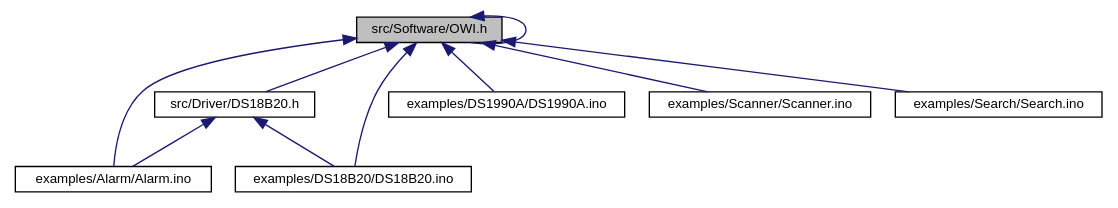
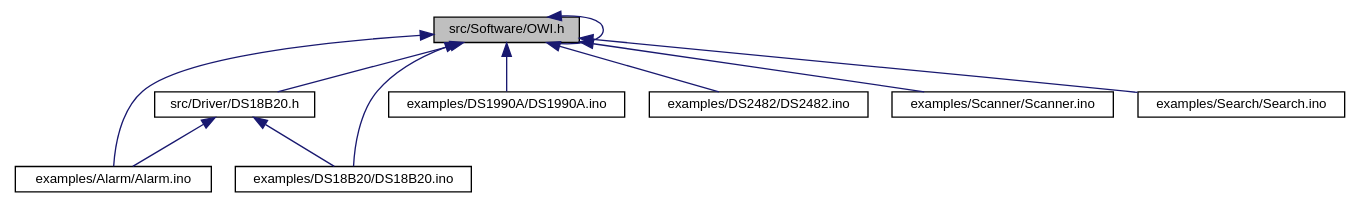
One commit to mikaelpatel/mikaelpatel.github.io changed the diagram in Arduino-OWI/d1/dc9/Software_2OWI_8h__dep__incl.dot. Above: the diagram before and after it, drawn with Graphviz. The commit also changed 294 other files, not shown here.

```diff
--- a/Arduino-OWI/d1/dc9/Software_2OWI_8h__dep__incl.dot
+++ b/Arduino-OWI/d1/dc9/Software_2OWI_8h__dep__incl.dot
@@ -1,21 +1,23 @@
 digraph "src/Software/OWI.h"
 {
   edge [fontname="Helvetica",fontsize="10",labelfontname="Helvetica",labelfontsize="10"];
   node [fontname="Helvetica",fontsize="10",shape=record];
   Node1 [label="src/Software/OWI.h",height=0.2,width=0.4,color="black", fillcolor="grey75", style="filled", fontcolor="black"];
   Node1 -> Node2 [dir="back",color="midnightblue",fontsize="10",style="solid",fontname="Helvetica"];
   Node2 [label="src/Driver/DS18B20.h",height=0.2,width=0.4,color="black", fillcolor="white", style="filled",URL="$d4/d9d/DS18B20_8h.html"];
   Node2 -> Node3 [dir="back",color="midnightblue",fontsize="10",style="solid",fontname="Helvetica"];
   Node3 [label="examples/Alarm/Alarm.ino",height=0.2,width=0.4,color="black", fillcolor="white", style="filled",URL="$df/d65/Alarm_8ino.html"];
   Node2 -> Node4 [dir="back",color="midnightblue",fontsize="10",style="solid",fontname="Helvetica"];
   Node4 [label="examples/DS18B20/DS18B20.ino",height=0.2,width=0.4,color="black", fillcolor="white", style="filled",URL="$de/d2e/DS18B20_8ino.html"];
   Node1 -> Node1 [dir="back",color="midnightblue",fontsize="10",style="solid",fontname="Helvetica"];
   Node1 -> Node3 [dir="back",color="midnightblue",fontsize="10",style="solid",fontname="Helvetica"];
   Node1 -> Node4 [dir="back",color="midnightblue",fontsize="10",style="solid",fontname="Helvetica"];
   Node1 -> Node5 [dir="back",color="midnightblue",fontsize="10",style="solid",fontname="Helvetica"];
   Node5 [label="examples/DS1990A/DS1990A.ino",height=0.2,width=0.4,color="black", fillcolor="white", style="filled",URL="$dc/d26/DS1990A_8ino.html"];
   Node1 -> Node6 [dir="back",color="midnightblue",fontsize="10",style="solid",fontname="Helvetica"];
-  Node6 [label="examples/Scanner/Scanner.ino",height=0.2,width=0.4,color="black", fillcolor="white", style="filled",URL="$dd/da4/Scanner_8ino.html"];
+  Node6 [label="examples/DS2482/DS2482.ino",height=0.2,width=0.4,color="black", fillcolor="white", style="filled",URL="$d0/d2e/DS2482_8ino.html"];
   Node1 -> Node7 [dir="back",color="midnightblue",fontsize="10",style="solid",fontname="Helvetica"];
-  Node7 [label="examples/Search/Search.ino",height=0.2,width=0.4,color="black", fillcolor="white", style="filled",URL="$dd/d18/Search_8ino.html"];
+  Node7 [label="examples/Scanner/Scanner.ino",height=0.2,width=0.4,color="black", fillcolor="white", style="filled",URL="$dd/da4/Scanner_8ino.html"];
+  Node1 -> Node8 [dir="back",color="midnightblue",fontsize="10",style="solid",fontname="Helvetica"];
+  Node8 [label="examples/Search/Search.ino",height=0.2,width=0.4,color="black", fillcolor="white", style="filled",URL="$dd/d18/Search_8ino.html"];
 }
```
